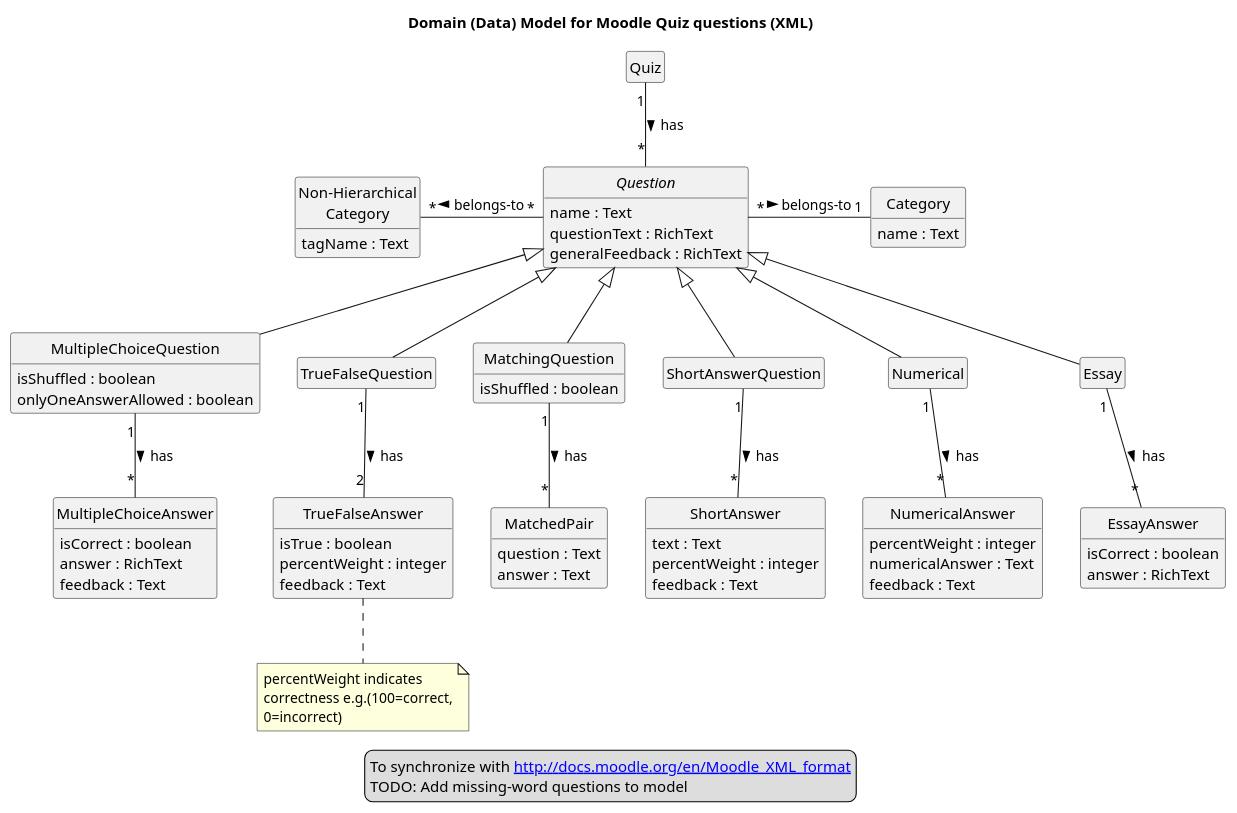
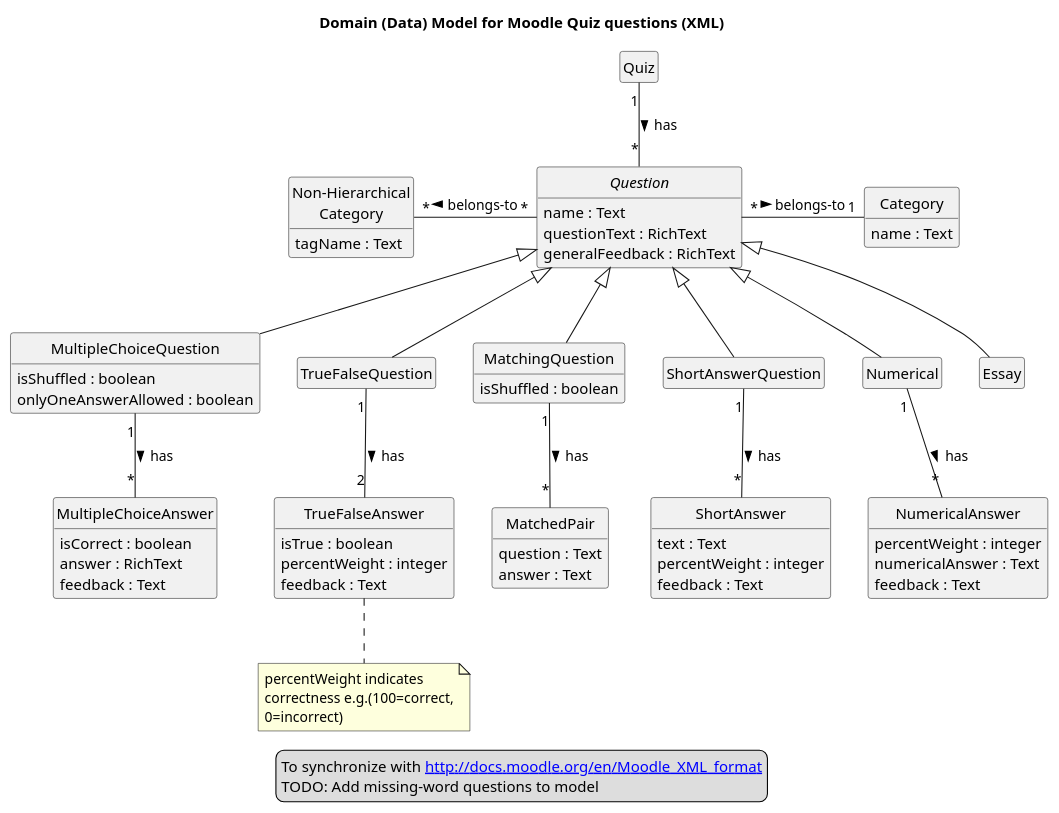
Before and after one commit to fuhrmanator/GIFT-grammar-PEG.js: the diagram in Moodle Question Domain Model.puml, drawn with PlantUML.

Commit message:
EssayQuestion does not define answers

```diff
--- a/Moodle Question Domain Model.puml
+++ b/Moodle Question Domain Model.puml
@@ -1,99 +1,94 @@
 @startuml
 skinparam style strictuml
 hide methods
 hide empty members
 title Domain (Data) Model for Moodle Quiz questions (XML)
 class "Quiz" as Q {
 }
 class "Category" as C {
  name : Text
 }
 
 class "Non-Hierarchical\nCategory" as NHC {
   tagName : Text
 }
 
 abstract class "Question" as AQ {
   name : Text
   questionText : RichText
   generalFeedback : RichText
 }
 class "MultipleChoiceQuestion" as MCQ  extends AQ {
   isShuffled : boolean
  onlyOneAnswerAllowed : boolean
 }
 
 class "MultipleChoiceAnswer" as MCA   {
  isCorrect : boolean
  answer : RichText
  feedback : Text
 }
 MCQ "1" -- "*" MCA : has >
 
 class "TrueFalseQuestion" as TFQ extends AQ {
 }
 
 class "TrueFalseAnswer" as TFA {
  isTrue : boolean
  percentWeight : integer
  feedback : Text
 }
 
 note bottom
 percentWeight indicates 
 correctness e.g.(100=correct,
 0=incorrect)
 end note
 
 TFQ "1" -- "2" TFA : has >
 
 
 
 class "MatchingQuestion" as MQ extends AQ {
 isShuffled : boolean
 }
 class "MatchedPair" as SQ {
  question : Text
  answer : Text
 }
 MQ "1" -- "*" SQ : has >
 
 class "ShortAnswerQuestion" as SAQ extends AQ {
 }
 
 class "ShortAnswer" as SA {
  text : Text 
  percentWeight : integer
  feedback : Text
 }
 
 SAQ "1" -- "*" SA : has >
 
 class "Numerical" as NQ extends AQ {
 }
 class "NumericalAnswer" as NA {
  percentWeight : integer
  numericalAnswer : Text
  feedback : Text
 }
 
 NQ "1" -- "*" NA : has >
 
 class "Essay" as EQ extends AQ {
 }
-class "EssayAnswer" as EA {
- isCorrect : boolean
- answer : RichText
-}
-EQ "1" -- "*" EA : has >
 
 Q "1" -- "*" AQ : has >
 AQ "*" - "1" C : belongs-to >
 AQ "*" -left- "*" NHC : belongs-to >
 
 legend center
 To synchronize with [[http://docs.moodle.org/en/Moodle_XML_format]]
 TODO: Add missing-word questions to model
 endlegend
 
 @enduml
```
